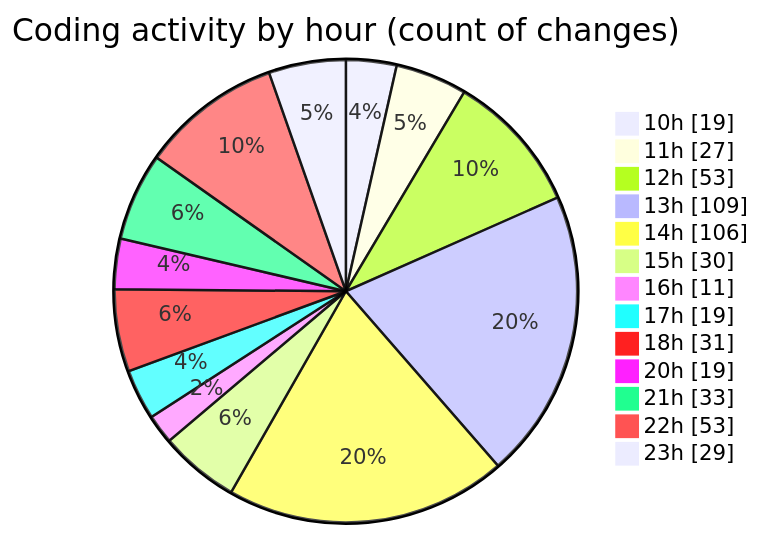
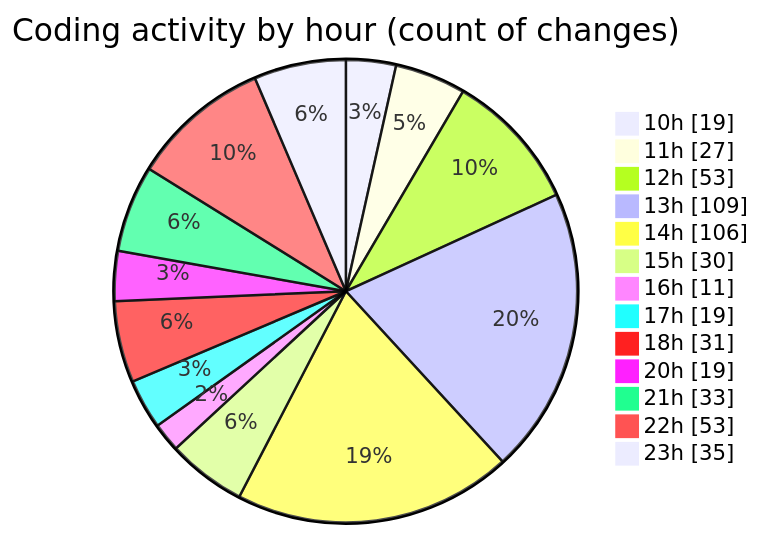
One commit to momahboobian/code-tracking changed the second of 2 diagrams in 2025-03-18/cda/README.md. Above: the diagram before and after it, drawn with Mermaid. The commit also changed other lines of this file and 1 other file, not shown here.

````diff
--- a/2025-03-18/cda/README.md
+++ b/2025-03-18/cda/README.md
@@ -46,17 +46,17 @@
 ```mermaid
 pie showData
 title Coding activity by hour (count of changes)
 "10h" : 19
 "11h" : 27
 "12h" : 53
 "13h" : 109
 "14h" : 106
 "15h" : 30
 "16h" : 11
 "17h" : 19
 "18h" : 31
 "20h" : 19
 "21h" : 33
 "22h" : 53
-"23h" : 29
+"23h" : 35
 ```
````
